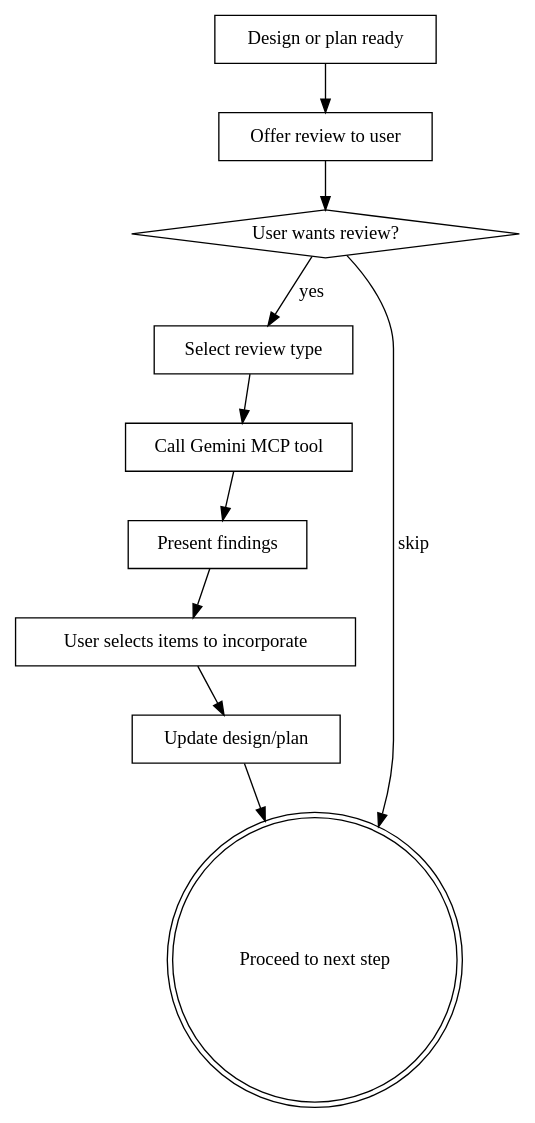
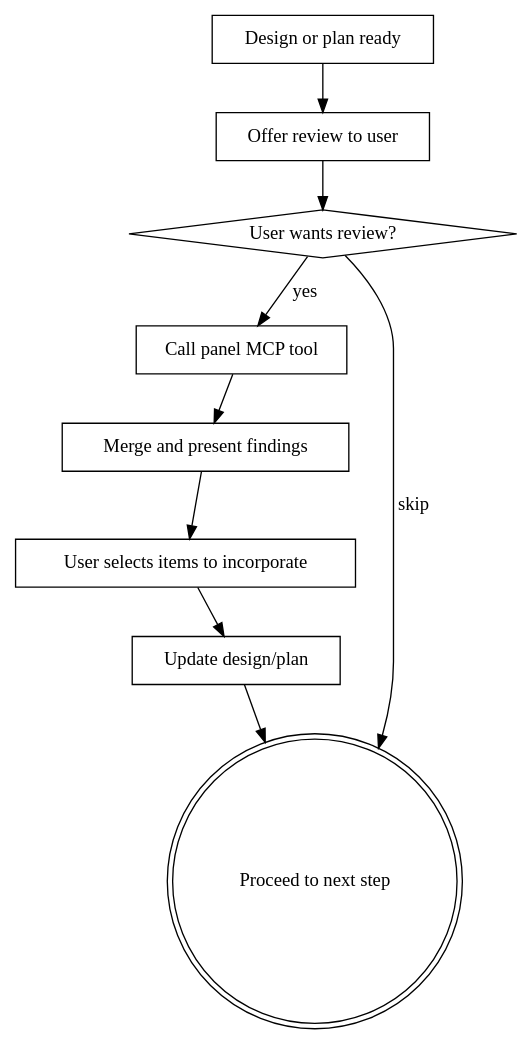
Before and after one commit to pieChartsAreLies/adversarial-review-skill: the diagram in SKILL.md, drawn with Graphviz. The commit also changed other lines of this file and 1 other file, not shown here.

First line of the commit message:
Switch adversarial review to a 3-model OpenRouter panel

````diff
--- a/SKILL.md
+++ b/SKILL.md
@@ -23,23 +25,21 @@
 ```dot
 digraph adversarial_review {
     "Design or plan ready" [shape=box];
     "Offer review to user" [shape=box];
     "User wants review?" [shape=diamond];
-    "Select review type" [shape=box];
-    "Call Gemini MCP tool" [shape=box];
-    "Present findings" [shape=box];
+    "Call panel MCP tool" [shape=box];
+    "Merge and present findings" [shape=box];
     "User selects items to incorporate" [shape=box];
     "Update design/plan" [shape=box];
     "Proceed to next step" [shape=doublecircle];
 
     "Design or plan ready" -> "Offer review to user";
     "Offer review to user" -> "User wants review?";
     "User wants review?" -> "Proceed to next step" [label="skip"];
-    "User wants review?" -> "Select review type" [label="yes"];
-    "Select review type" -> "Call Gemini MCP tool";
-    "Call Gemini MCP tool" -> "Present findings";
-    "Present findings" -> "User selects items to incorporate";
+    "User wants review?" -> "Call panel MCP tool" [label="yes"];
+    "Call panel MCP tool" -> "Merge and present findings";
+    "Merge and present findings" -> "User selects items to incorporate";
     "User selects items to incorporate" -> "Update design/plan";
     "Update design/plan" -> "Proceed to next step";
 }
 ```
````
